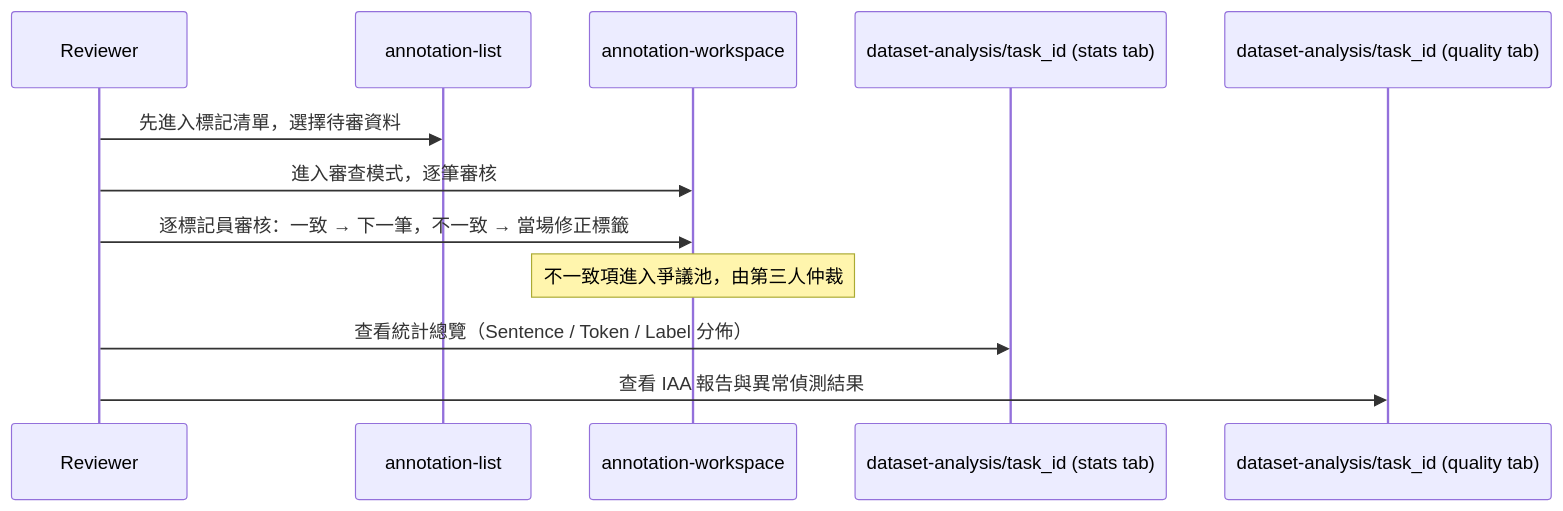
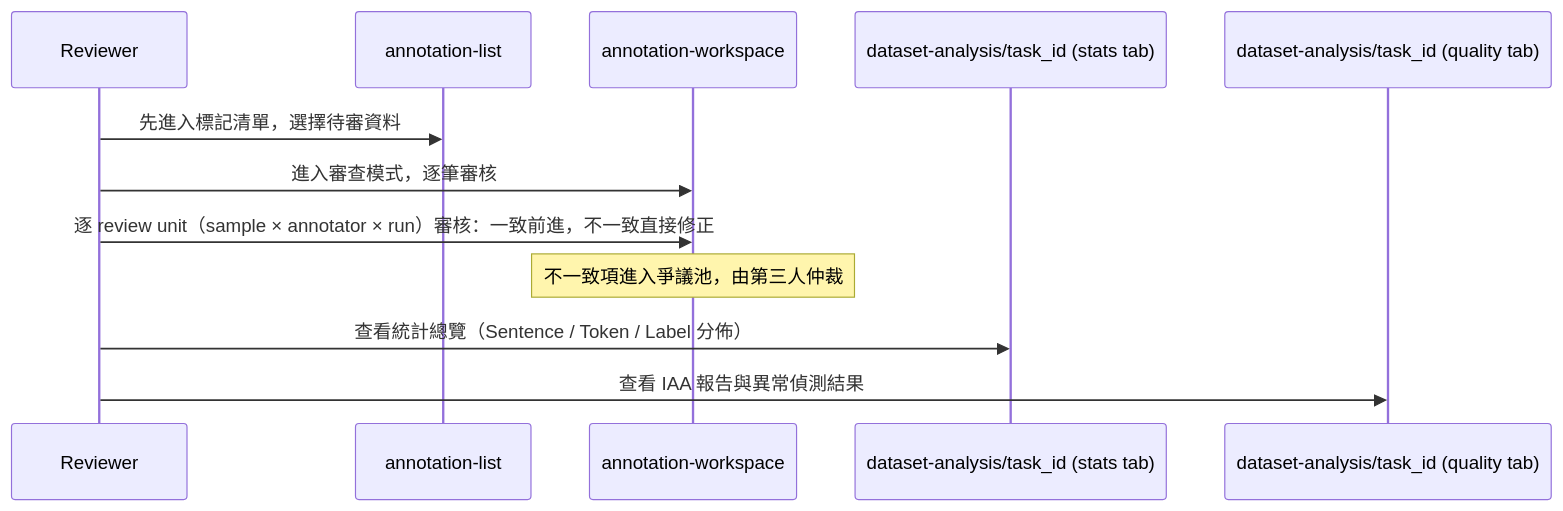
The fourth of 5 diagrams in docs/product/ia/information-architecture.md (singyichen/label-suite), drawn with Mermaid before and after one commit. The commit also changed other lines of this file and 2 other files, not shown here.

````diff
--- a/docs/product/ia/information-architecture.md
+++ b/docs/product/ia/information-architecture.md
@@ -579,15 +569,15 @@
 ```mermaid
 sequenceDiagram
   participant R as Reviewer
   participant AL as annotation-list
   participant AW as annotation-workspace
   participant DS as dataset-analysis/task_id (stats tab)
   participant DQ as dataset-analysis/task_id (quality tab)
 
   R->>AL: 先進入標記清單，選擇待審資料
   R->>AW: 進入審查模式，逐筆審核
-  R->>AW: 逐標記員審核：一致 → 下一筆，不一致 → 當場修正標籤
+  R->>AW: 逐 review unit（sample × annotator × run）審核：一致前進，不一致直接修正
   Note over AW: 不一致項進入爭議池，由第三人仲裁
   R->>DS: 查看統計總覽（Sentence / Token / Label 分佈）
   R->>DQ: 查看 IAA 報告與異常偵測結果
 ```
````
